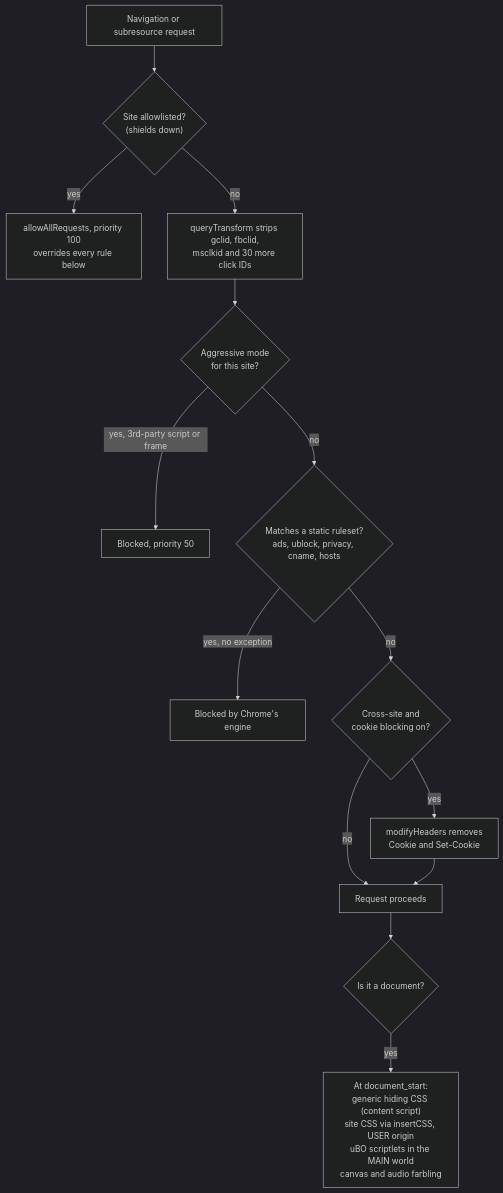
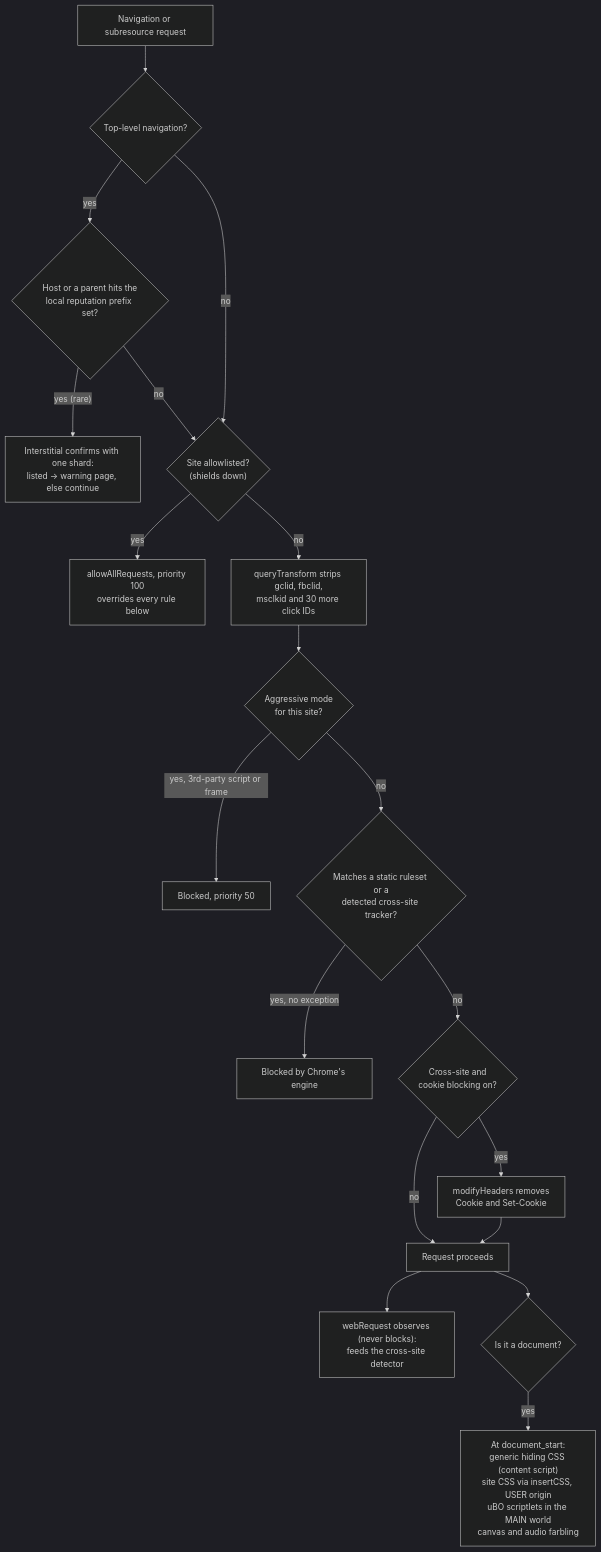
The second of 8 diagrams in README.md (Keshav-gehlot/nullroute), drawn with Mermaid (dark theme) before and after one commit. The commit also changed other lines of this file and 8 other files, not shown here.

First line of the commit message:
Docs: architecture diagram, README and screenshots for reputation, SNI inspection and cross-site detection

````diff
--- a/README.md
+++ b/README.md
@@ -89,16 +105,21 @@
 ```mermaid
 flowchart TD
-  N["Navigation or subresource request"] --> SD{"Site allowlisted?<br/>(shields down)"}
+  N["Navigation or subresource request"] --> TOP{"Top-level navigation?"}
+  TOP -->|yes| REP{"Host or a parent hits the<br/>local reputation prefix set?"}
+  REP -->|"yes (rare)"| WARN["Interstitial confirms with one shard:<br/>listed → warning page, else continue"]
+  REP -->|no| SD
+  TOP -->|no| SD{"Site allowlisted?<br/>(shields down)"}
   SD -->|yes| ALLOW["allowAllRequests, priority 100<br/>overrides every rule below"]
   SD -->|no| QT["queryTransform strips gclid, fbclid,<br/>msclkid and 30 more click IDs"]
   QT --> AG{"Aggressive mode<br/>for this site?"}
   AG -->|"yes, 3rd-party script or frame"| BLK["Blocked, priority 50"]
-  AG -->|no| ST{"Matches a static ruleset?<br/>ads, ublock, privacy, cname, hosts"}
+  AG -->|no| ST{"Matches a static ruleset or a<br/>detected cross-site tracker?"}
   ST -->|"yes, no exception"| BLK2["Blocked by Chrome's engine"]
   ST -->|no| CK{"Cross-site and<br/>cookie blocking on?"}
   CK -->|yes| STRIP["modifyHeaders removes<br/>Cookie and Set-Cookie"]
   CK -->|no| PASS["Request proceeds"]
   STRIP --> PASS
+  PASS --> OBS["webRequest observes (never blocks):<br/>feeds the cross-site detector"]
   PASS --> DOC{"Is it a document?"}
   DOC -->|yes| CS["At document_start:<br/>generic hiding CSS (content script)<br/>site CSS via insertCSS, USER origin<br/>uBO scriptlets in the MAIN world<br/>canvas and audio farbling"]
 ```
````
